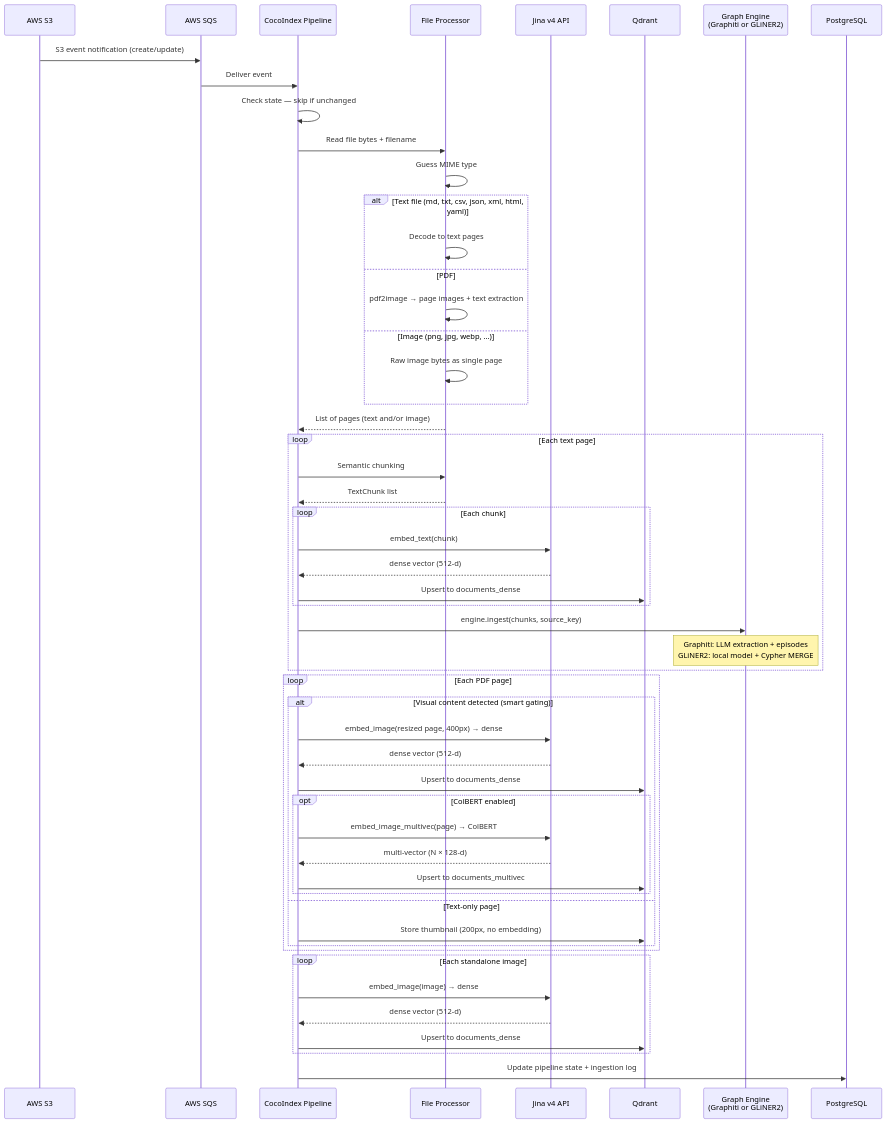
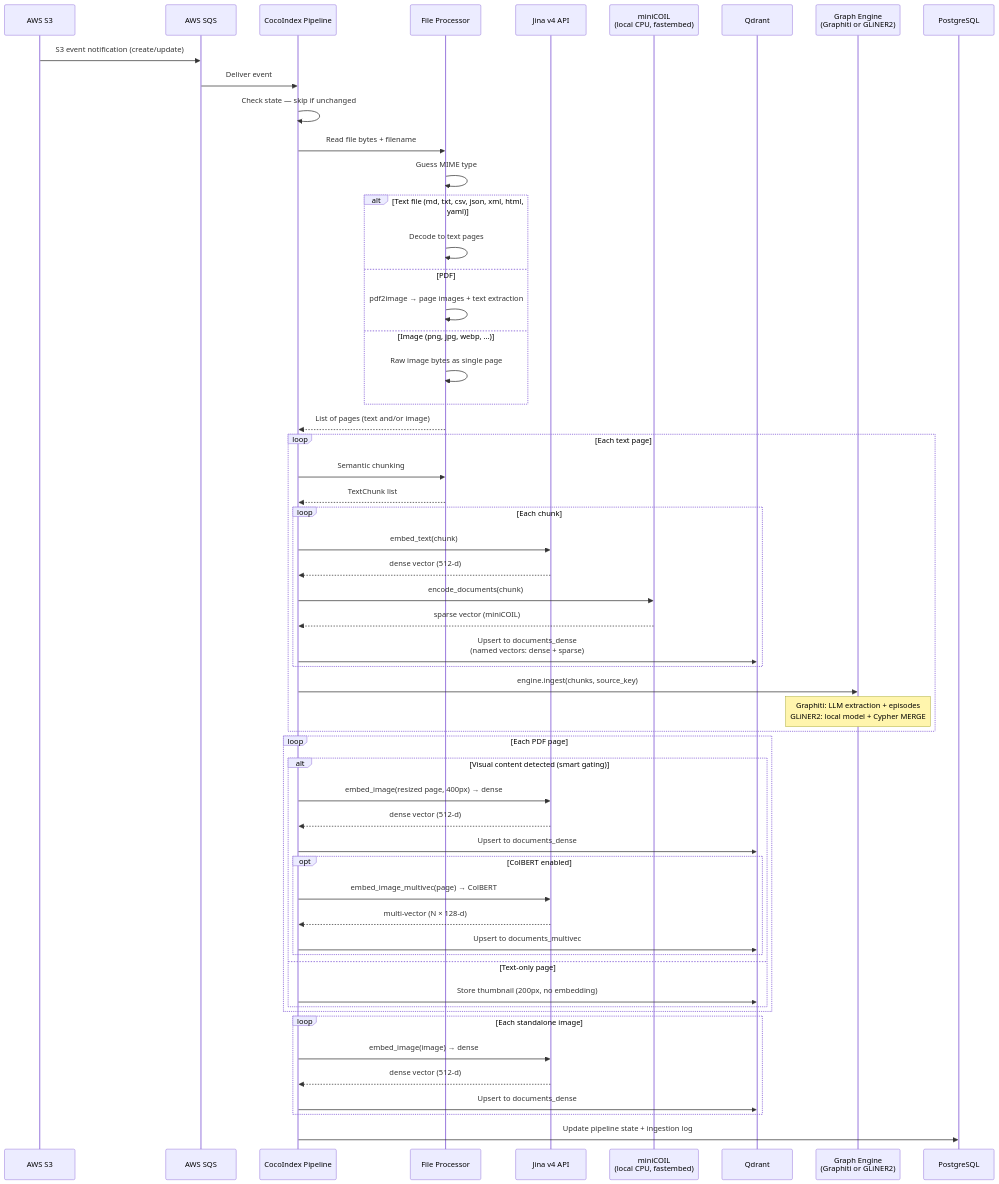
One commit to dollro/spektr changed the first of 4 diagrams in docs/architecture/data-flow.md. Above: the diagram before and after it, drawn with Mermaid. The commit also changed other lines of this file and 2 other files, not shown here.

First line of the commit message:
docs(architecture): fix stale tool-surface and hybrid_search docs

````diff
--- a/docs/architecture/data-flow.md
+++ b/docs/architecture/data-flow.md
@@ -11,65 +11,68 @@
 ```mermaid
 sequenceDiagram
     participant S3 as AWS S3
     participant SQS as AWS SQS
     participant Coco as CocoIndex Pipeline
     participant FP as File Processor
     participant Jina as Jina v4 API
+    participant Sparse as miniCOIL<br/>(local CPU, fastembed)
     participant QD as Qdrant
     participant GE as Graph Engine<br/>(Graphiti or GLiNER2)
     participant PG as PostgreSQL
 
     S3->>SQS: S3 event notification (create/update)
     SQS->>Coco: Deliver event
     Coco->>Coco: Check state — skip if unchanged
     Coco->>FP: Read file bytes + filename
 
     FP->>FP: Guess MIME type
     alt Text file (md, txt, csv, json, xml, html, yaml)
         FP->>FP: Decode to text pages
     else PDF
         FP->>FP: pdf2image → page images + text extraction
     else Image (png, jpg, webp, ...)
         FP->>FP: Raw image bytes as single page
     end
 
     FP-->>Coco: List of pages (text and/or image)
 
     loop Each text page
         Coco->>FP: Semantic chunking
         FP-->>Coco: TextChunk list
 
         loop Each chunk
             Coco->>Jina: embed_text(chunk)
             Jina-->>Coco: dense vector (512-d)
-            Coco->>QD: Upsert to documents_dense
+            Coco->>Sparse: encode_documents(chunk)
+            Sparse-->>Coco: sparse vector (miniCOIL)
+            Coco->>QD: Upsert to documents_dense<br/>(named vectors: dense + sparse)
         end
 
         Coco->>GE: engine.ingest(chunks, source_key)
         Note over GE: Graphiti: LLM extraction + episodes<br/>GLiNER2: local model + Cypher MERGE
     end
 
     loop Each PDF page
         alt Visual content detected (smart gating)
             Coco->>Jina: embed_image(resized page, 400px) → dense
             Jina-->>Coco: dense vector (512-d)
             Coco->>QD: Upsert to documents_dense
 
             opt ColBERT enabled
                 Coco->>Jina: embed_image_multivec(page) → ColBERT
                 Jina-->>Coco: multi-vector (N × 128-d)
                 Coco->>QD: Upsert to documents_multivec
             end
         else Text-only page
             Coco->>QD: Store thumbnail (200px, no embedding)
         end
     end
 
     loop Each standalone image
         Coco->>Jina: embed_image(image) → dense
         Jina-->>Coco: dense vector (512-d)
         Coco->>QD: Upsert to documents_dense
     end
 
     Coco->>PG: Update pipeline state + ingestion log
 ```
````
